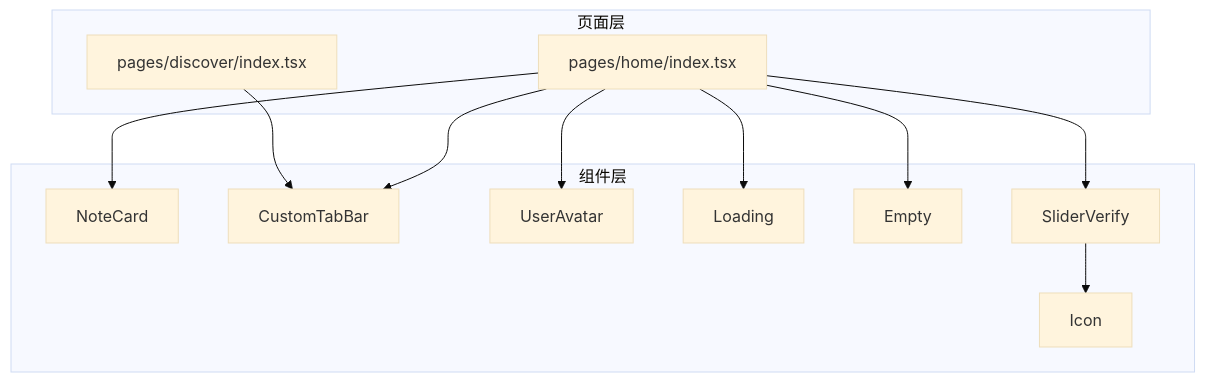
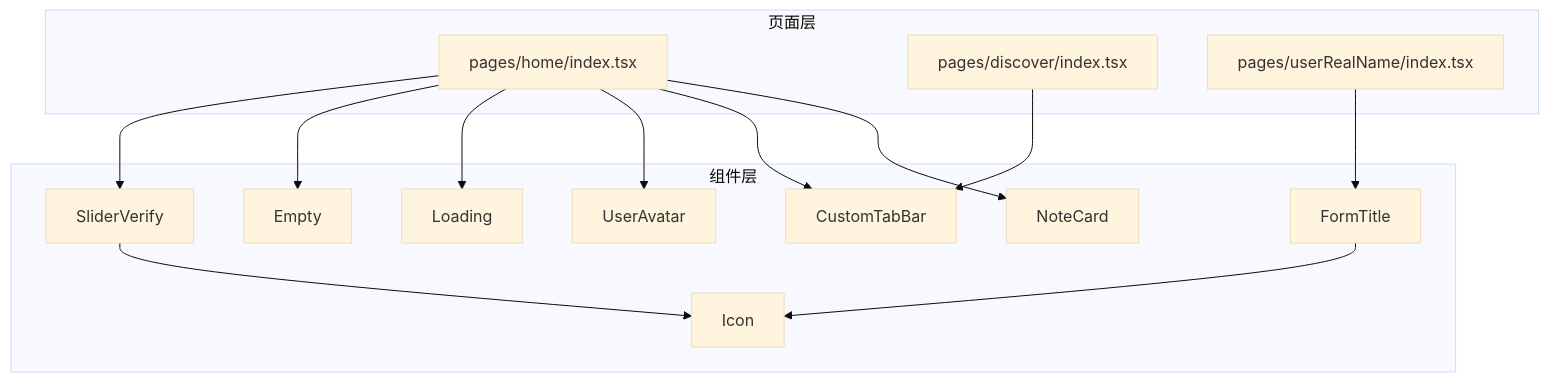
One commit to zuolinbao/redbook changed the first of 7 diagrams in .qoder/repowiki/zh/content/UI组件库/UI组件库.md. Above: the diagram before and after it, drawn with Mermaid (base theme). The commit also changed other lines of this file and 20 other files, not shown here.

````diff
--- a/.qoder/repowiki/zh/content/UI组件库/UI组件库.md
+++ b/.qoder/repowiki/zh/content/UI组件库/UI组件库.md
@@ -45,24 +48,28 @@
 ```mermaid
 graph TB
 subgraph "页面层"
 H["pages/home/index.tsx"]
 D["pages/discover/index.tsx"]
+UR["pages/userRealName/index.tsx"]
 end
 subgraph "组件层"
 NC["NoteCard"]
 CTB["CustomTabBar"]
 UA["UserAvatar"]
 LD["Loading"]
 EM["Empty"]
 SV["SliderVerify"]
 IC["Icon"]
+FT["FormTitle"]
 end
 H --> NC
 H --> CTB
 D --> CTB
 H --> UA
 H --> LD
 H --> EM
 H --> SV
+UR --> FT
 SV --> IC
+FT --> IC
 ```
````
